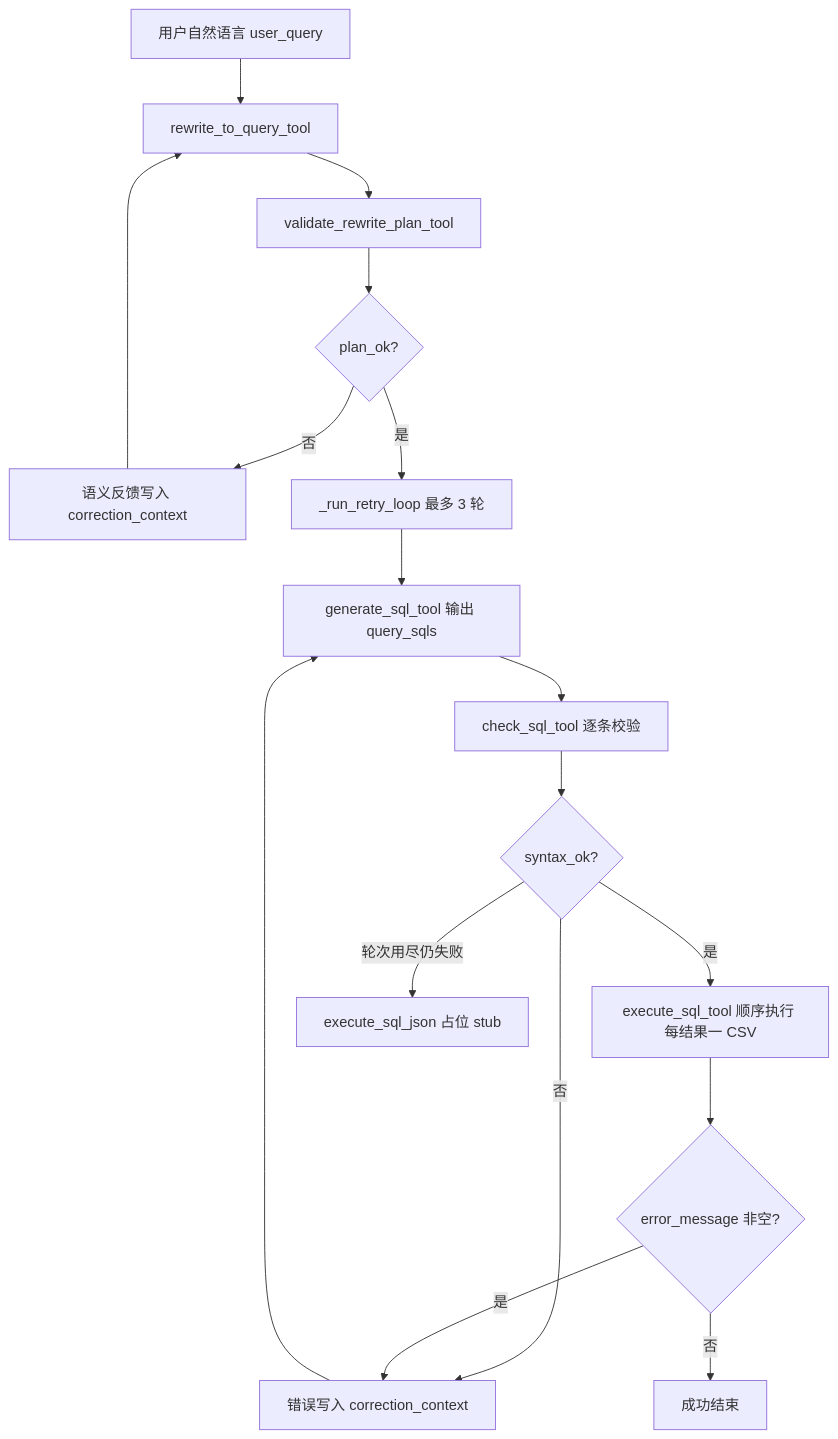
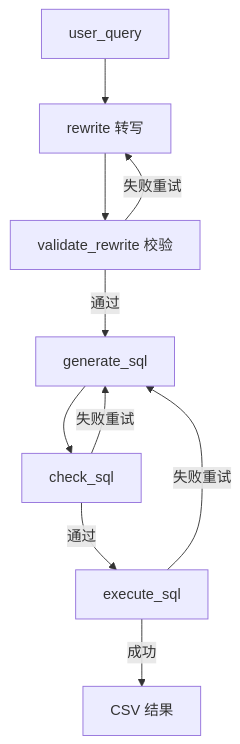
Before and after one commit to ycc250303/Agentic-BI-Driven-Multi-Table-E-Commerce-Operations-Analysis-and-Decision-Intelligence-System: the diagram in agents/sql_agent/readme.md, drawn with Mermaid. The commit also changed other lines of this file and 3 other files, not shown here.

````diff
--- a/agents/sql_agent/readme.md
+++ b/agents/sql_agent/readme.md
@@ -74,19 +29,12 @@
 ```mermaid
 flowchart TD
-  A[用户自然语言 user_query] --> B[rewrite_to_query_tool]
-  B --> C[validate_rewrite_plan_tool]
-  C --> D{plan_ok?}
-  D -->|否| E[语义反馈写入 correction_context]
-  E --> B
-  D -->|是| F[_run_retry_loop 最多 3 轮]
-  F --> G[generate_sql_tool 输出 query_sqls]
-  G --> H[check_sql_tool 逐条校验]
-  H --> I{syntax_ok?}
-  I -->|否| J[错误写入 correction_context]
-  J --> G
-  I -->|是| K[execute_sql_tool 顺序执行 每结果一 CSV]
-  K --> L{error_message 非空?}
-  L -->|是| J
-  L -->|否| M[成功结束]
-  I -->|轮次用尽仍失败| N[execute_sql_json 占位 stub]
+  A["user_query"] --> B["rewrite 转写"]
+  B --> C["validate_rewrite 校验"]
+  C -->|失败重试| B
+  C -->|通过| D["generate_sql"]
+  D --> E["check_sql"]
+  E -->|失败重试| D
+  E -->|通过| F["execute_sql"]
+  F -->|失败重试| D
+  F -->|成功| G["CSV 结果"]
 ```
````
